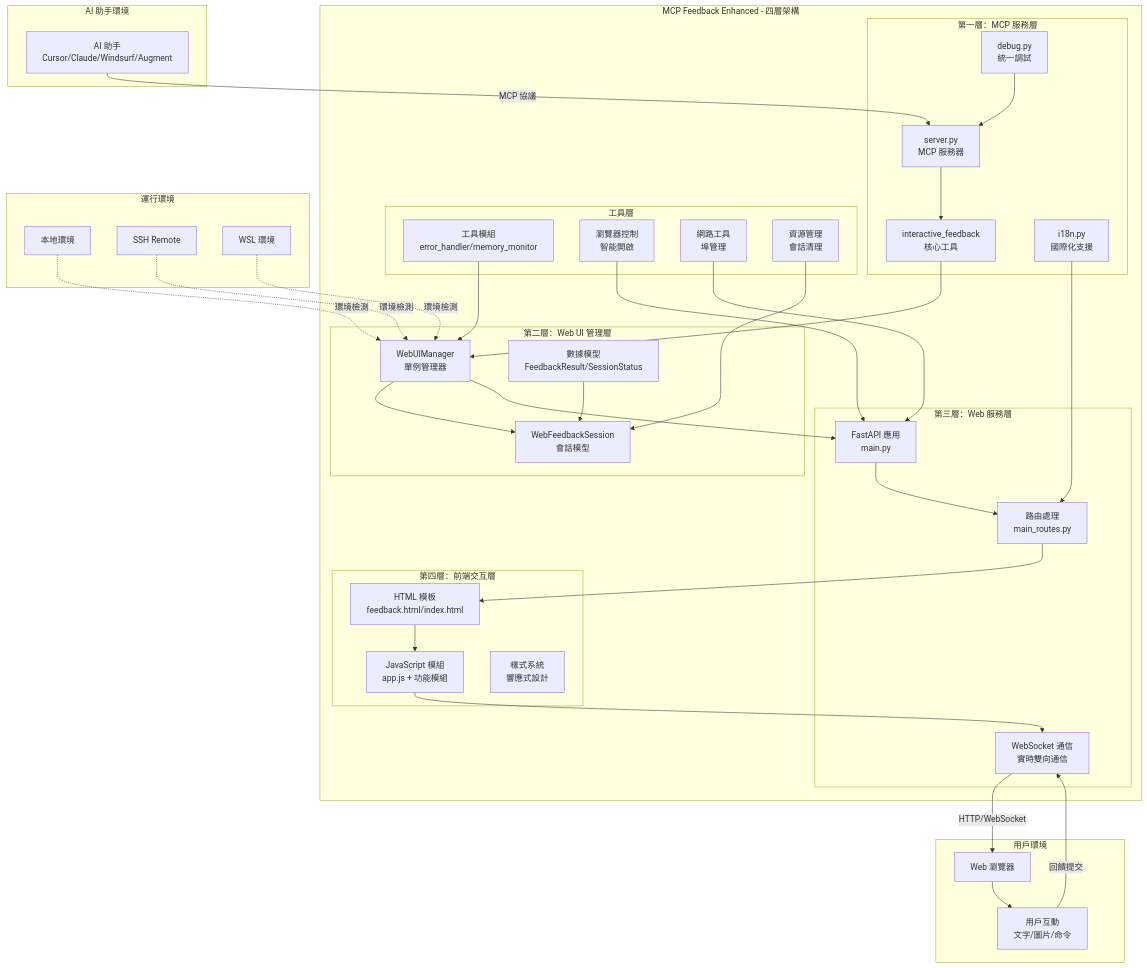
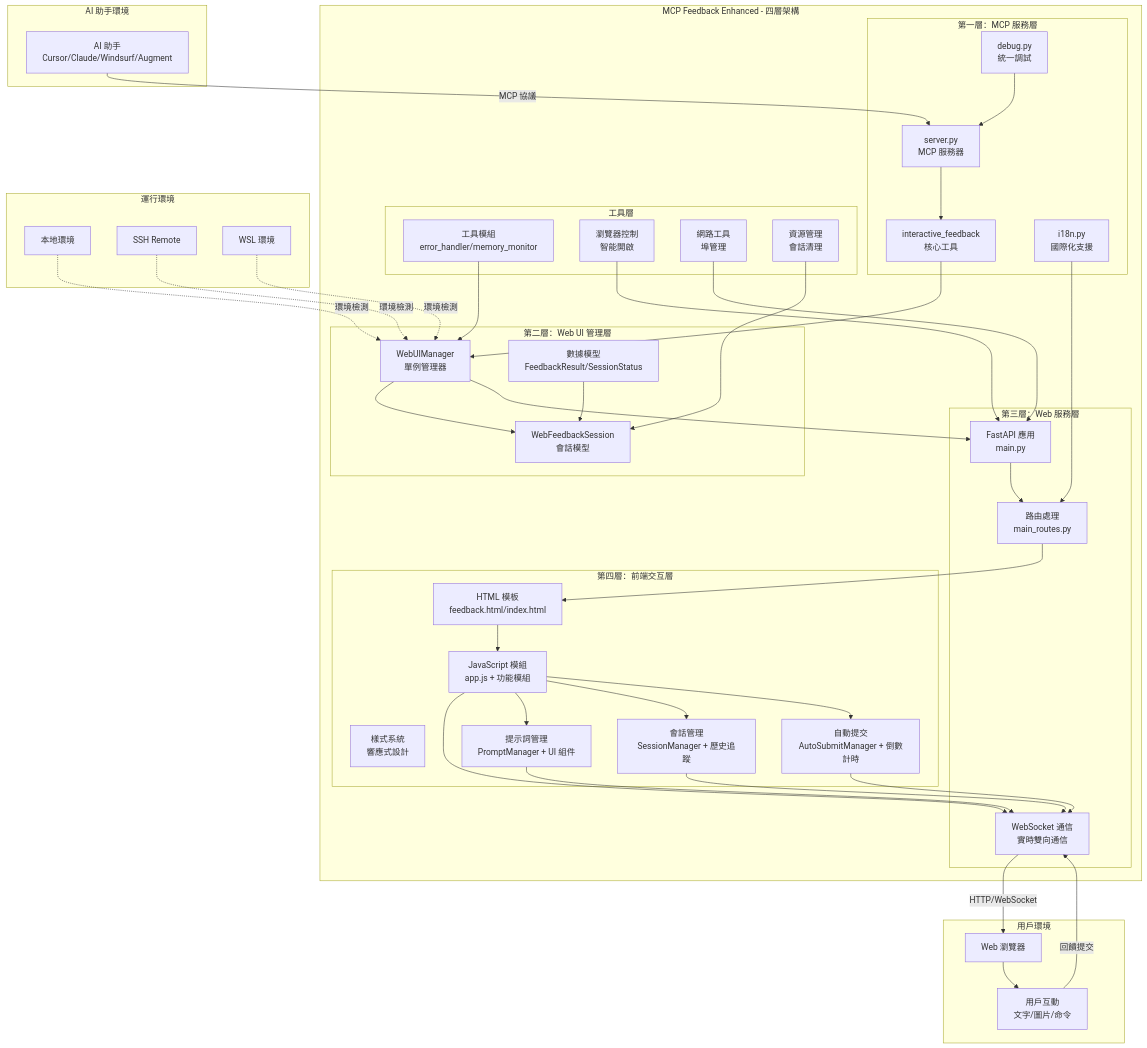
One commit to zetxtech/mcp-feedback-enhanced changed the first of 5 diagrams in docs/architecture/system-overview.md. Above: the diagram before and after it, drawn with Mermaid. The commit also changed other lines of this file and 4 other files, not shown here.

```diff
--- a/docs/architecture/system-overview.md
+++ b/docs/architecture/system-overview.md
@@ -65,6 +65,9 @@
             HTML[HTML 模板<br/>feedback.html/index.html]
             JS[JavaScript 模組<br/>app.js + 功能模組]
             CSS[樣式系統<br/>響應式設計]
+            PROMPT[提示詞管理<br/>PromptManager + UI 組件]
+            SESSION_MGR[會話管理<br/>SessionManager + 歷史追蹤]
+            AUTO_SUBMIT[自動提交<br/>AutoSubmitManager + 倒數計時]
         end
 
         subgraph "工具層"
@@ -98,6 +101,14 @@
     WS -->|HTTP/WebSocket| BROWSER_UI
     BROWSER_UI --> USER
 
+    %% 新功能模組連接
+    JS --> PROMPT
+    JS --> SESSION_MGR
+    JS --> AUTO_SUBMIT
+    PROMPT --> WS
+    SESSION_MGR --> WS
+    AUTO_SUBMIT --> WS
+
     I18N --> ROUTES
     DEBUG --> SERVER
     UTILS --> MANAGER
```
